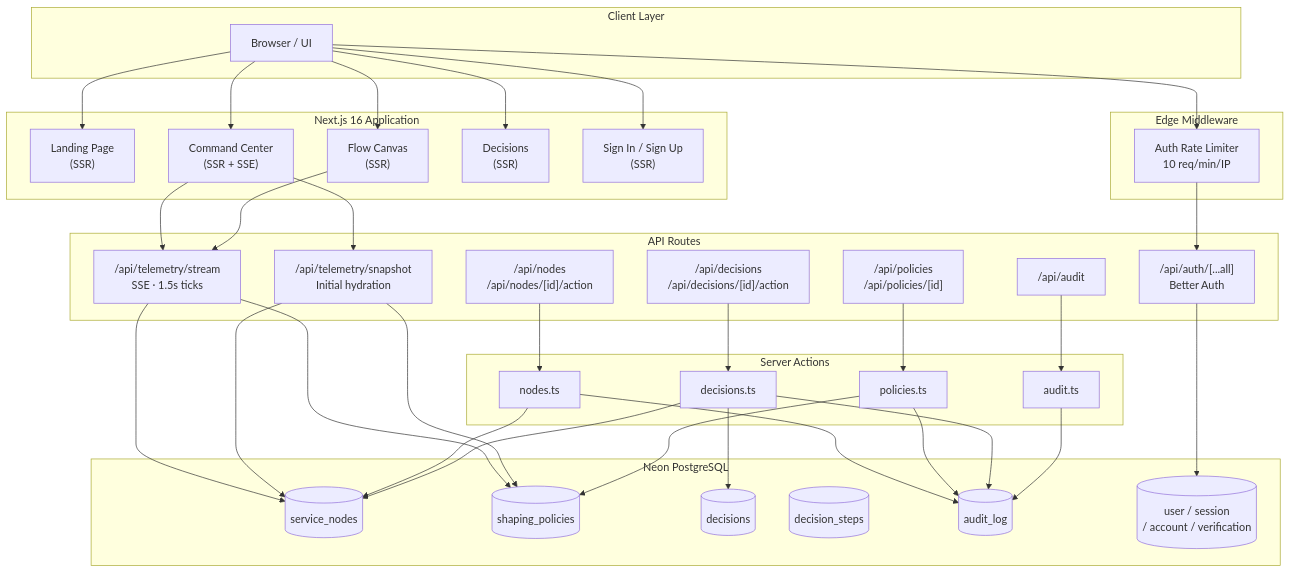
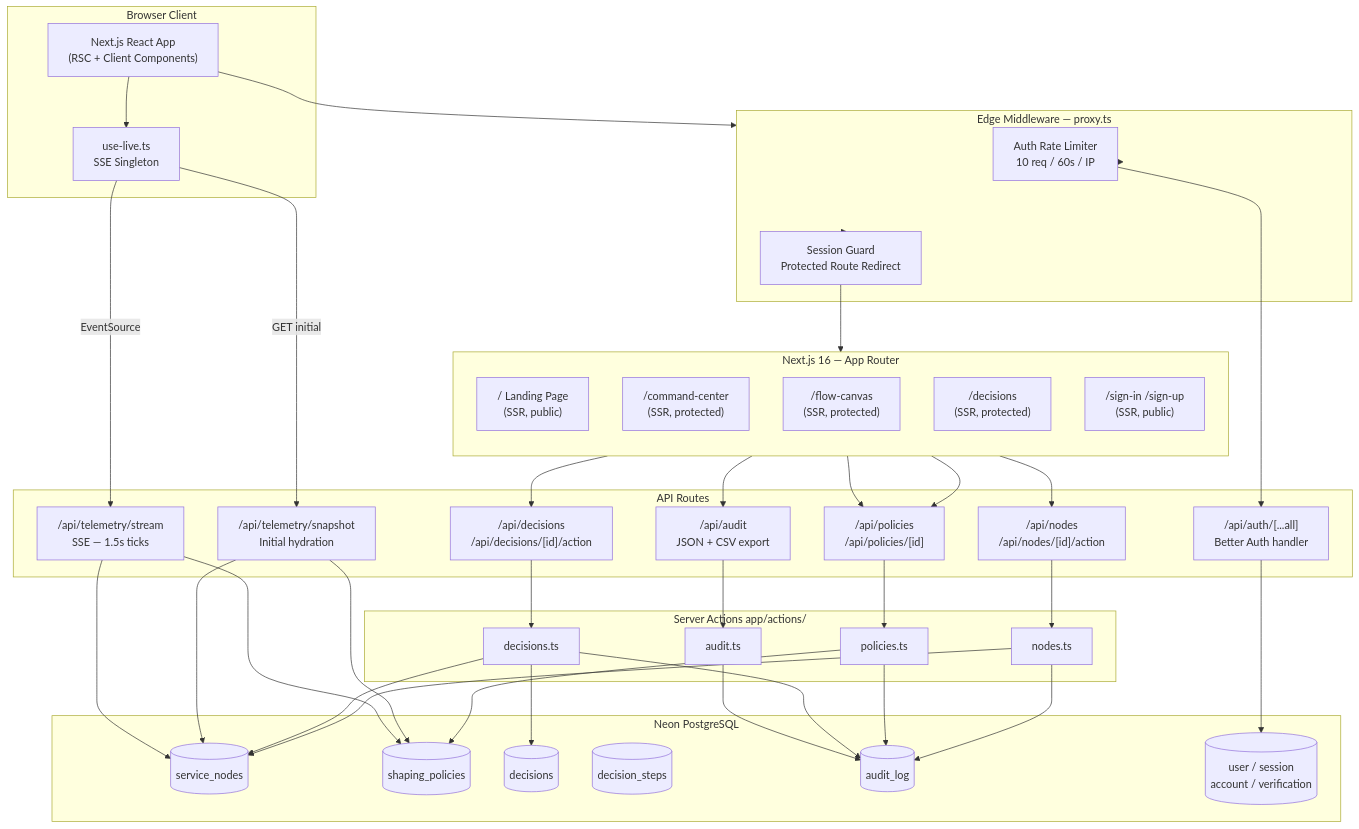
The first of 7 diagrams in README.md (BugHunterX2101/SentinalGateway), drawn with Mermaid before and after one commit. The commit also changed other lines of this file, not shown here.

Commit message:
docs: complete README redesign with detailed architecture diagrams, full file structure, API reference, and design system docs

````diff
--- a/README.md
+++ b/README.md
@@ -50,71 +65,78 @@
 ```mermaid
 graph TB
-    subgraph Client["Client Layer"]
-        Browser["Browser / UI"]
+    subgraph Client["Browser Client"]
+        Browser["Next.js React App<br/>(RSC + Client Components)"]
+        SSEHook["use-live.ts<br/>SSE Singleton"]
     end
 
-    subgraph NextJS["Next.js 16 Application"]
-        Landing["Landing Page\n(SSR)"]
-        CommandCenter["Command Center\n(SSR + SSE)"]
-        FlowCanvas["Flow Canvas\n(SSR)"]
-        Decisions["Decisions\n(SSR)"]
-        AuthPages["Sign In / Sign Up\n(SSR)"]
+    subgraph Edge["Edge Middleware — proxy.ts"]
+        RateLimit["Auth Rate Limiter<br/>10 req / 60s / IP"]
+        AuthGuard["Session Guard<br/>Protected Route Redirect"]
+    end
+
+    subgraph App["Next.js 16 — App Router"]
+        direction TB
+        Landing["/  Landing Page<br/>(SSR, public)"]
+        CC["/command-center<br/>(SSR, protected)"]
+        FC["/flow-canvas<br/>(SSR, protected)"]
+        DEC["/decisions<br/>(SSR, protected)"]
+        Auth["/sign-in  /sign-up<br/>(SSR, public)"]
     end
 
     subgraph API["API Routes"]
-        AuthAPI["/api/auth/[...all]\nBetter Auth"]
-        NodesAPI["/api/nodes\n/api/nodes/[id]/action"]
-        PoliciesAPI["/api/policies\n/api/policies/[id]"]
-        DecisionsAPI["/api/decisions\n/api/decisions/[id]/action"]
-        AuditAPI["/api/audit"]
-        TelemetrySSE["/api/telemetry/stream\nSSE · 1.5s ticks"]
-        TelemetrySnap["/api/telemetry/snapshot\nInitial hydration"]
+        AuthAPI["/api/auth/[...all]<br/>Better Auth handler"]
+        NodesAPI["/api/nodes<br/>/api/nodes/[id]/action"]
+        PoliciesAPI["/api/policies<br/>/api/policies/[id]"]
+        DecisionsAPI["/api/decisions<br/>/api/decisions/[id]/action"]
+        AuditAPI["/api/audit<br/>JSON + CSV export"]
+        Snap["/api/telemetry/snapshot<br/>Initial hydration"]
+        Stream["/api/telemetry/stream<br/>SSE — 1.5s ticks"]
     end
 
-    subgraph Middleware["Edge Middleware"]
-        RateLimit["Auth Rate Limiter\n10 req/min/IP"]
-    end
-
-    subgraph ServerActions["Server Actions"]
-        NodesAction["nodes.ts"]
-        PoliciesAction["policies.ts"]
-        DecisionsAction["decisions.ts"]
-        AuditAction["audit.ts"]
+    subgraph Actions["Server Actions  app/actions/"]
+        NAction["nodes.ts"]
+        PAction["policies.ts"]
+        DAction["decisions.ts"]
+        AAction["audit.ts"]
     end
 
     subgraph DB["Neon PostgreSQL"]
-        ServiceNodes[("service_nodes")]
-        ShapingPolicies[("shaping_policies")]
-        DecisionsTable[("decisions")]
-        DecisionSteps[("decision_steps")]
-        AuditLog[("audit_log")]
-        AuthTables[("user / session\n/ account / verification")]
+        SN[("service_nodes")]
+        SP[("shaping_policies")]
+        DT[("decisions")]
+        DS[("decision_steps")]
+        AL[("audit_log")]
+        UT[("user / session<br/>account / verification")]
     end
 
-    Browser --> RateLimit
+    Browser --> Edge
+    Edge --> RateLimit
+    Edge --> AuthGuard
+    AuthGuard --> App
     RateLimit --> AuthAPI
-    Browser --> Landing
-    Browser --> CommandCenter
-    Browser --> FlowCanvas
-    Browser --> Decisions
-    Browser --> AuthPages
 
-    CommandCenter --> TelemetrySSE
-    CommandCenter --> TelemetrySnap
-    FlowCanvas --> TelemetrySSE
+    Browser --> SSEHook
+    SSEHook -->|"GET initial"| Snap
+    SSEHook -->|"EventSource"| Stream
 
-    TelemetrySSE --> ServiceNodes
-    TelemetrySSE --> ShapingPolicies
-    TelemetrySnap --> ServiceNodes
-    TelemetrySnap --> ShapingPolicies
+    CC --> NodesAPI
+    CC --> PoliciesAPI
+    FC --> PoliciesAPI
+    DEC --> DecisionsAPI
+    DEC --> AuditAPI
 
-    NodesAPI --> NodesAction --> ServiceNodes
-    NodesAction --> AuditLog
-    PoliciesAPI --> PoliciesAction --> ShapingPolicies
-    PoliciesAction --> AuditLog
-    DecisionsAPI --> DecisionsAction --> DecisionsTable
-    DecisionsAction --> ServiceNodes
-    DecisionsAction --> AuditLog
-    AuditAPI --> AuditAction --> AuditLog
-    AuthAPI --> AuthTables
+    NodesAPI --> NAction --> SN
+    NAction --> AL
+    PoliciesAPI --> PAction --> SP
+    PAction --> AL
+    DecisionsAPI --> DAction --> DT
+    DAction --> SN
+    DAction --> AL
+    AuditAPI --> AAction --> AL
+    AuthAPI --> UT
+
+    Snap --> SN
+    Snap --> SP
+    Stream --> SN
+    Stream --> SP
 ```
````
